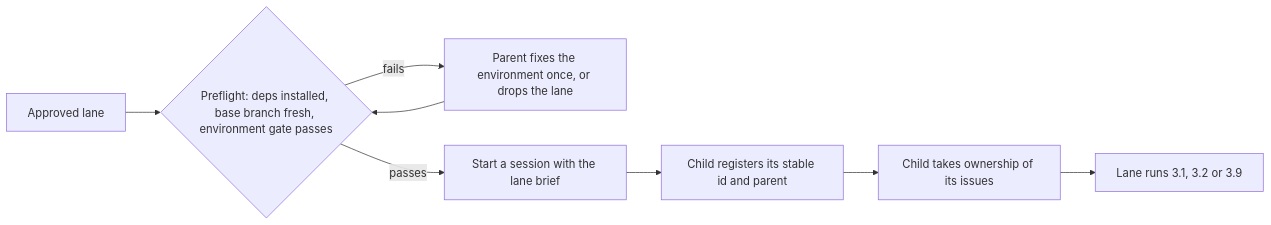
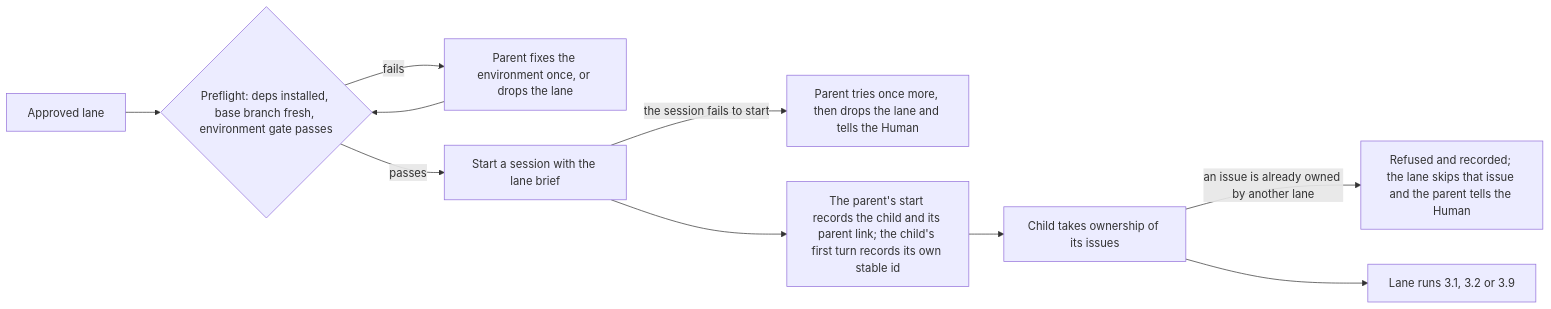
One commit to trustmybot/plugin changed the third of 6 diagrams in docs/architecture/LANES.md. Above: the diagram before and after it, drawn with Mermaid. The commit also changed other lines of this file and 2 other files, not shown here.

````diff
--- a/docs/architecture/LANES.md
+++ b/docs/architecture/LANES.md
@@ -75,10 +77,12 @@
 ```mermaid
 flowchart LR
     A[Approved lane] --> B{Preflight: deps installed, base branch fresh, environment gate passes}
     B -- fails --> C[Parent fixes the environment once, or drops the lane]
     C --> B
     B -- passes --> D[Start a session with the lane brief]
-    D --> E[Child registers its stable id and parent]
+    D -- the session fails to start --> C2[Parent tries once more, then drops the lane and tells the Human]
+    D --> E[The parent's start records the child and its parent link; the child's first turn records its own stable id]
     E --> F[Child takes ownership of its issues]
+    F -- an issue is already owned by another lane --> F2[Refused and recorded; the lane skips that issue and the parent tells the Human]
     F --> G[Lane runs 3.1, 3.2 or 3.9]
 ```
````
